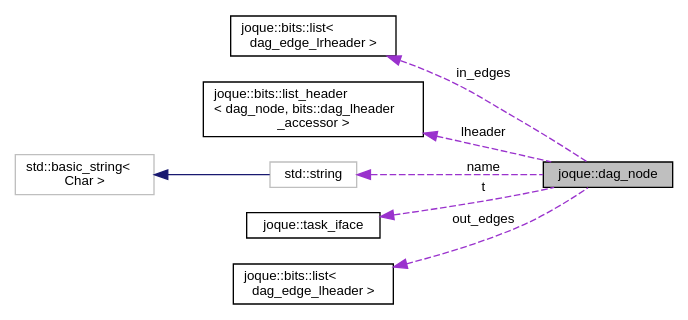
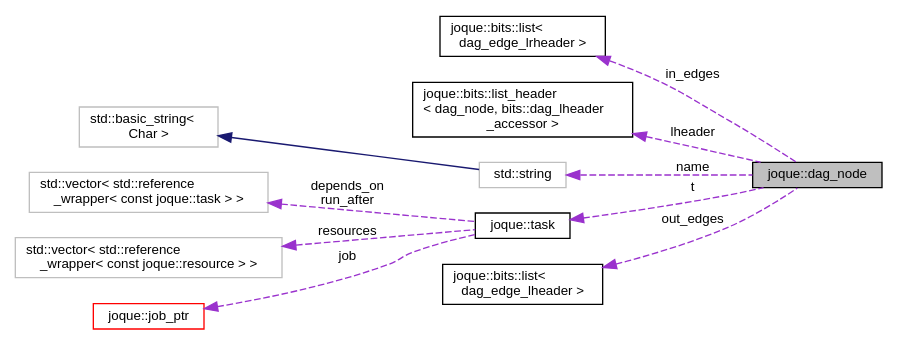
Before and after one commit to koniarik/joque: the diagram in structjoque_1_1dag__node__coll__graph.dot, drawn with Graphviz. The commit also changed 248 other files, not shown here.

```diff
--- a/structjoque_1_1dag__node__coll__graph.dot
+++ b/structjoque_1_1dag__node__coll__graph.dot
@@ -1,20 +1,26 @@
 digraph "joque::dag_node"
 {
  // LATEX_PDF_SIZE
   edge [fontname="Helvetica",fontsize="10",labelfontname="Helvetica",labelfontsize="10"];
   node [fontname="Helvetica",fontsize="10",shape=record];
   rankdir="LR";
   Node1 [label="joque::dag_node",height=0.2,width=0.4,color="black", fillcolor="grey75", style="filled", fontcolor="black",tooltip="Node representing all execution-related information for one task."];
   Node2 -> Node1 [dir="back",color="darkorchid3",fontsize="10",style="dashed",label=" in_edges" ,fontname="Helvetica"];
   Node2 [label="joque::bits::list\<\l dag_edge_lrheader \>",height=0.2,width=0.4,color="black", fillcolor="white", style="filled",URL="$classjoque_1_1bits_1_1list.html",tooltip=" "];
   Node3 -> Node1 [dir="back",color="darkorchid3",fontsize="10",style="dashed",label=" lheader" ,fontname="Helvetica"];
   Node3 [label="joque::bits::list_header\l\< dag_node, bits::dag_lheader\l_accessor \>",height=0.2,width=0.4,color="black", fillcolor="white", style="filled",URL="$structjoque_1_1bits_1_1list__header.html",tooltip=" "];
   Node4 -> Node1 [dir="back",color="darkorchid3",fontsize="10",style="dashed",label=" name" ,fontname="Helvetica"];
   Node4 [label="std::string",height=0.2,width=0.4,color="grey75", fillcolor="white", style="filled",tooltip=" "];
   Node5 -> Node4 [dir="back",color="midnightblue",fontsize="10",style="solid",fontname="Helvetica"];
   Node5 [label="std::basic_string\<\l Char \>",height=0.2,width=0.4,color="grey75", fillcolor="white", style="filled",tooltip=" "];
   Node6 -> Node1 [dir="back",color="darkorchid3",fontsize="10",style="dashed",label=" t" ,fontname="Helvetica"];
-  Node6 [label="joque::task_iface",height=0.2,width=0.4,color="black", fillcolor="white", style="filled",URL="$structjoque_1_1task__iface.html",tooltip=" "];
-  Node7 -> Node1 [dir="back",color="darkorchid3",fontsize="10",style="dashed",label=" out_edges" ,fontname="Helvetica"];
-  Node7 [label="joque::bits::list\<\l dag_edge_lheader \>",height=0.2,width=0.4,color="black", fillcolor="white", style="filled",URL="$classjoque_1_1bits_1_1list.html",tooltip=" "];
+  Node6 [label="joque::task",height=0.2,width=0.4,color="black", fillcolor="white", style="filled",URL="$namespacejoque.html#structjoque_1_1task",tooltip="Single task that should be executed by the system."];
+  Node7 -> Node6 [dir="back",color="darkorchid3",fontsize="10",style="dashed",label=" depends_on\nrun_after" ,fontname="Helvetica"];
+  Node7 [label="std::vector\< std::reference\l_wrapper\< const joque::task \> \>",height=0.2,width=0.4,color="grey75", fillcolor="white", style="filled",tooltip=" "];
+  Node8 -> Node6 [dir="back",color="darkorchid3",fontsize="10",style="dashed",label=" resources" ,fontname="Helvetica"];
+  Node8 [label="std::vector\< std::reference\l_wrapper\< const joque::resource \> \>",height=0.2,width=0.4,color="grey75", fillcolor="white", style="filled",tooltip=" "];
+  Node9 -> Node6 [dir="back",color="darkorchid3",fontsize="10",style="dashed",label=" job" ,fontname="Helvetica"];
+  Node9 [label="joque::job_ptr",height=0.2,width=0.4,color="red", fillcolor="white", style="filled",URL="$structjoque_1_1job__ptr.html",tooltip="Custom unique_ptr wrapper that simplifies syntax of tasks."];
+  Node12 -> Node1 [dir="back",color="darkorchid3",fontsize="10",style="dashed",label=" out_edges" ,fontname="Helvetica"];
+  Node12 [label="joque::bits::list\<\l dag_edge_lheader \>",height=0.2,width=0.4,color="black", fillcolor="white", style="filled",URL="$classjoque_1_1bits_1_1list.html",tooltip=" "];
 }
```
